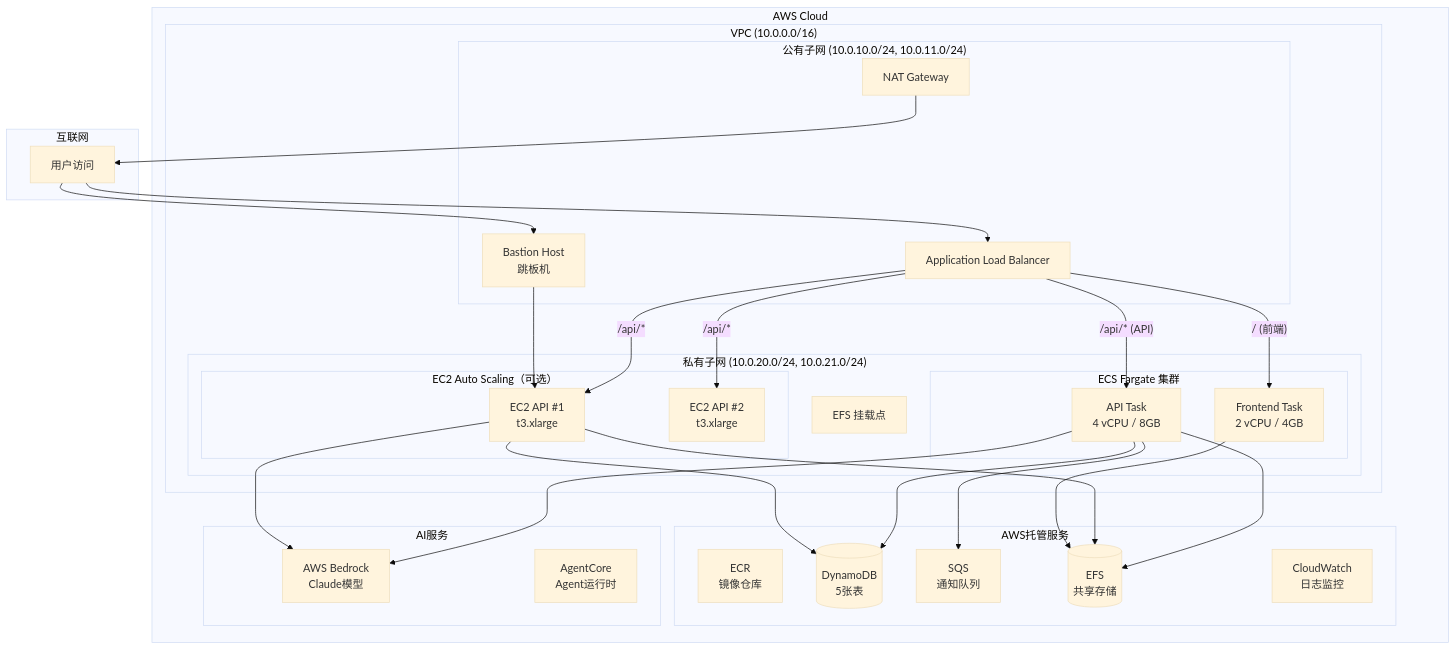
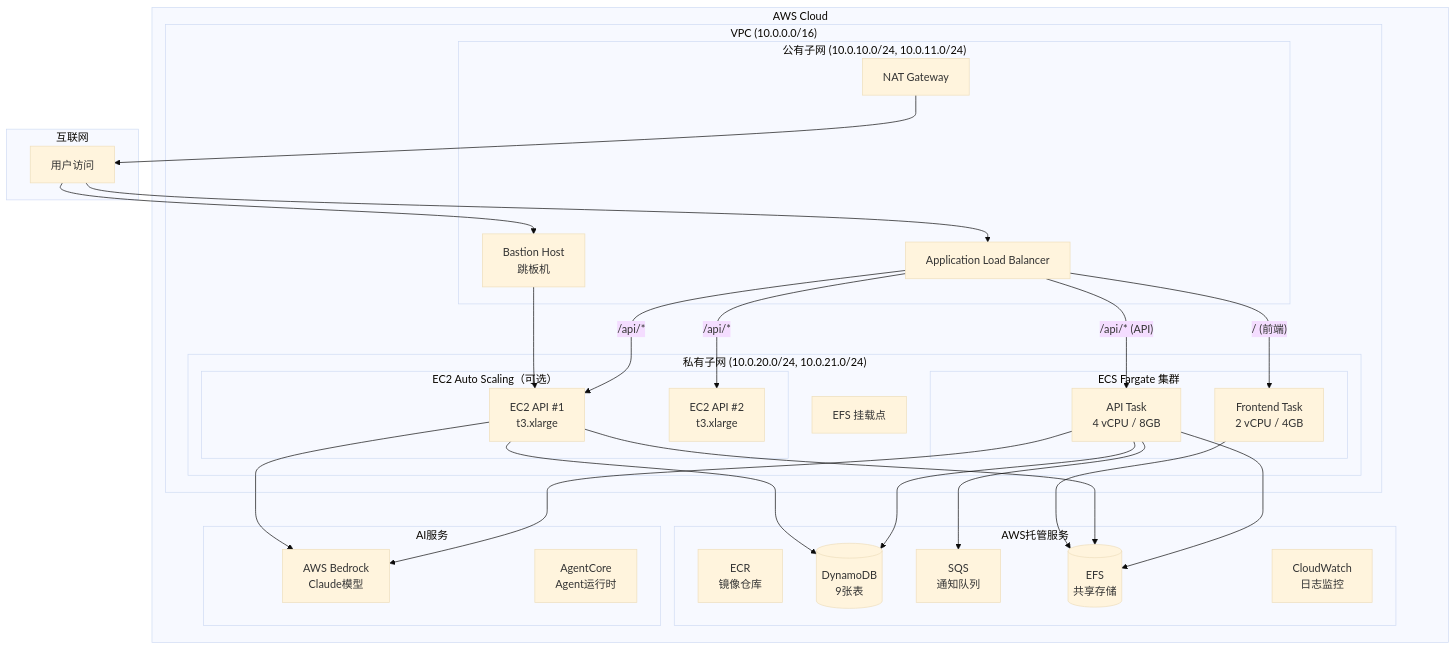
Before and after one commit to hy714335634/Nexus-AI-docs: the fifth of 10 diagrams in business-flows/deployment-process.md, drawn with Mermaid (base theme). The commit also changed other lines of this file and 5 other files, not shown here.

````diff
--- a/business-flows/deployment-process.md
+++ b/business-flows/deployment-process.md
@@ -375,60 +379,60 @@
 ```mermaid
 graph TB
     subgraph "互联网"
         Internet[用户访问]
     end
     
     subgraph "AWS Cloud"
         subgraph "VPC (10.0.0.0/16)"
             subgraph "公有子网 (10.0.10.0/24, 10.0.11.0/24)"
                 ALB[Application Load Balancer]
                 NAT[NAT Gateway]
                 Bastion[Bastion Host<br/>跳板机]
             end
             
             subgraph "私有子网 (10.0.20.0/24, 10.0.21.0/24)"
                 subgraph "ECS Fargate 集群"
                     APITask[API Task<br/>4 vCPU / 8GB]
                     FrontendTask[Frontend Task<br/>2 vCPU / 4GB]
                 end
                 
                 subgraph "EC2 Auto Scaling（可选）"
                     EC2API1[EC2 API #1<br/>t3.xlarge]
                     EC2API2[EC2 API #2<br/>t3.xlarge]
                 end
                 
                 EFSMount[EFS 挂载点]
             end
         end
         
         subgraph "AWS托管服务"
             ECR[ECR<br/>镜像仓库]
-            DynamoDB[(DynamoDB<br/>5张表)]
+            DynamoDB[(DynamoDB<br/>9张表)]
             SQS[SQS<br/>通知队列]
             EFS[(EFS<br/>共享存储)]
             CloudWatch[CloudWatch<br/>日志监控]
         end
         
         subgraph "AI服务"
             Bedrock[AWS Bedrock<br/>Claude模型]
             AgentCoreService[AgentCore<br/>Agent运行时]
         end
     end
     
     Internet --> ALB
     ALB -->|"/ (前端)"| FrontendTask
     ALB -->|"/api/* (API)"| APITask
     ALB -->|"/api/*"| EC2API1
     ALB -->|"/api/*"| EC2API2
     Internet --> Bastion
     Bastion --> EC2API1
     APITask --> DynamoDB
     APITask --> SQS
     APITask --> EFS
     APITask --> Bedrock
     EC2API1 --> DynamoDB
     EC2API1 --> EFS
     EC2API1 --> Bedrock
     FrontendTask --> EFS
     NAT --> Internet
 ```
````
